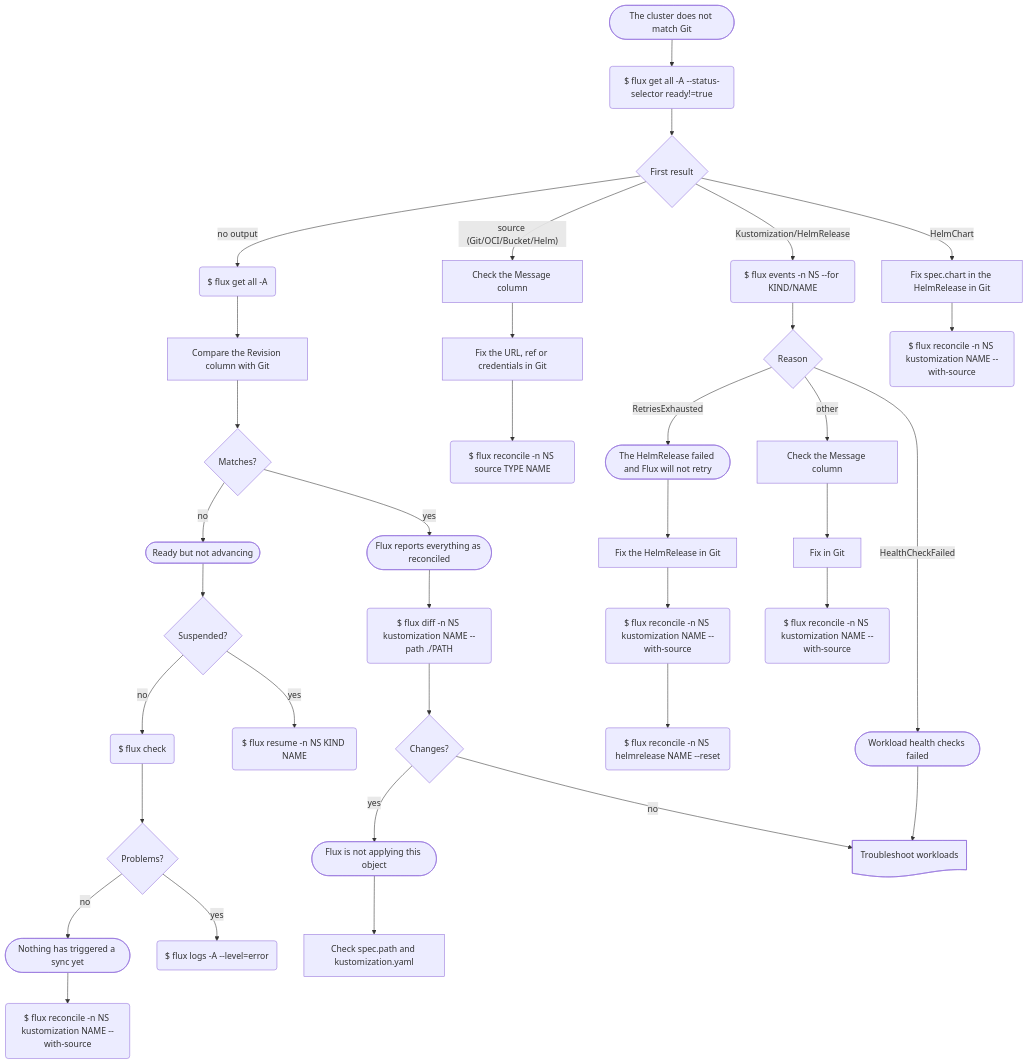
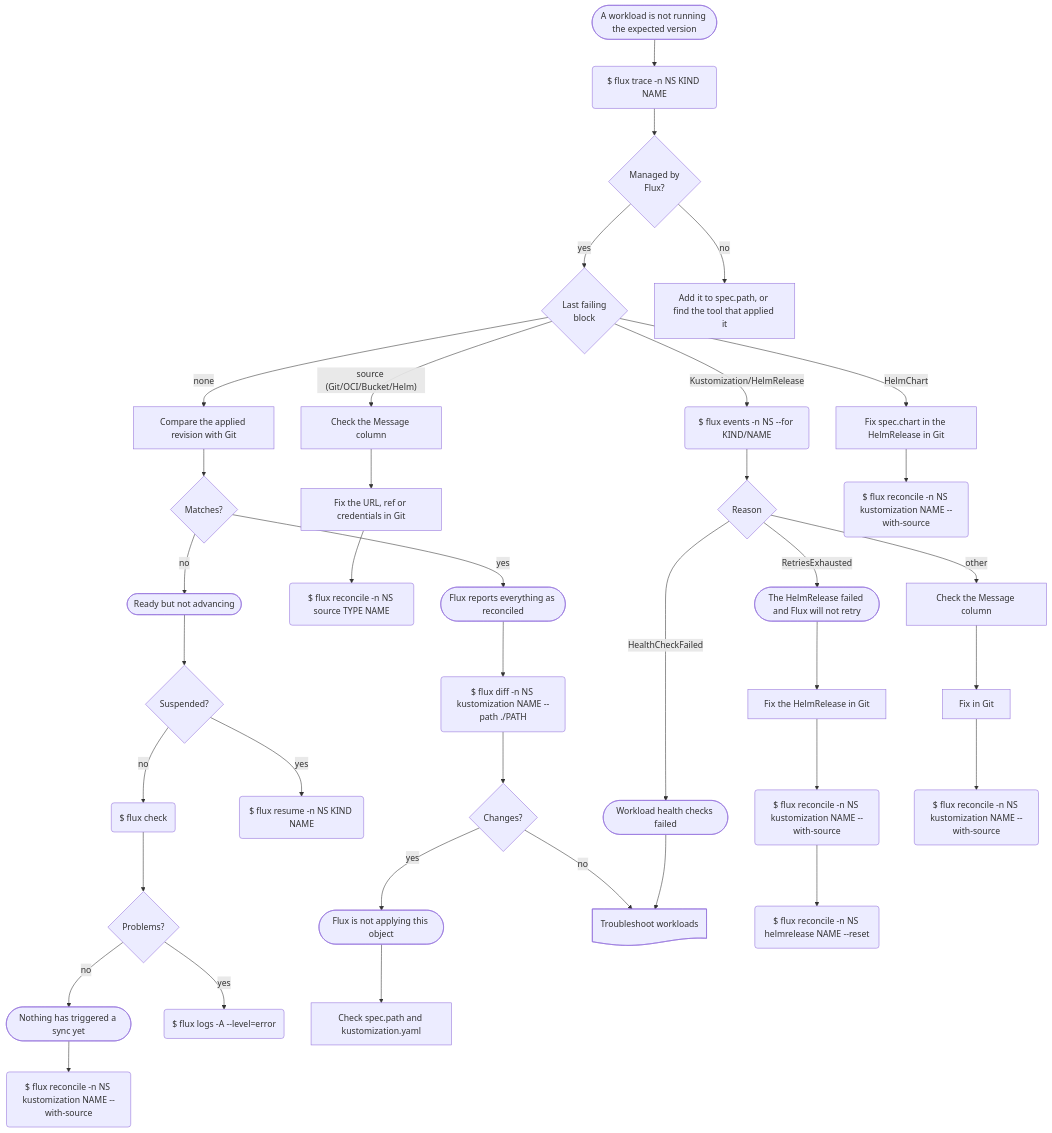
One commit to nth-root/flowcharts changed the diagram in diagrams/flux.mmd. Above: the diagram before and after it, drawn with Mermaid.

Commit message:
Start the Flux flowchart from `flux trace`

```diff
--- a/diagrams/flux.mmd
+++ b/diagrams/flux.mmd
@@ -1,36 +1,39 @@
 %% SPDX-FileCopyrightText: 2026 Nth Root Software Consultancy
 %% SPDX-License-Identifier: CC-BY-4.0
 
 flowchart TD
-    ClusterDoesNotMatch([The cluster does not match Git]):::situation --> GetNonReady
-    GetNonReady($ flux get all -A --status-selector ready!=true):::cmd
+    Reported([A workload is not running the expected version]):::situation --> Trace
+    Trace($ flux trace -n NS KIND NAME):::cmd
 
-    GetNonReady --> NonReadyResults{First result}:::choice
+    Trace --> Owned{Managed by<br>Flux?}:::choice
 
-    NonReadyResults -->|no output| GetAll($ flux get all -A):::cmd --> CheckRevision[Compare the Revision column with Git]
+    Owned -->|yes| FailingObject{Last failing<br>block}:::choice
+    Owned -->|no| Unmanaged[Add it to spec.path, or find the tool that applied it]
+
+    FailingObject -->|none| CheckRevision[Compare the applied revision with Git]
 
     CheckRevision --> Matches{Matches?}:::choice
     Matches -->|no| NotAdvancing([Ready but not advancing]):::situation
 
     NotAdvancing --> Suspended{Suspended?}:::choice
     Suspended -->|no| FluxCheck($ flux check):::cmd --> FluxUnhealthy{Problems?}:::choice
     Suspended -->|yes| Resume($ flux resume -n NS KIND NAME):::cmd
 
     FluxUnhealthy -->|no| NoSyncTriggered([Nothing has triggered a sync yet]):::situation --> ReconcileStale($ flux reconcile -n NS kustomization NAME --with-source):::cmd
     FluxUnhealthy -->|yes| FluxLogs($ flux logs -A --level=error):::cmd
 
-    NonReadyResults -->|"source (Git/OCI/Bucket/Helm)"| NonReadySource[Check the Message column]
+    FailingObject -->|"source (Git/OCI/Bucket/Helm)"| NonReadySource[Check the Message column]
     NonReadySource --> FixSource[Fix the URL, ref or credentials in Git] --> ReconcileSource($ flux reconcile -n NS source TYPE NAME):::cmd
 
-    NonReadyResults -->|Kustomization/HelmRelease| GetEvents($ flux events -n NS --for KIND/NAME):::cmd
+    FailingObject -->|Kustomization/HelmRelease| GetEvents($ flux events -n NS --for KIND/NAME):::cmd
 
     Matches -->|yes| Reconciled([Flux reports everything as reconciled]):::situation --> DiffKustomization($ flux diff -n NS kustomization NAME --path ./PATH):::cmd --> Changes{Changes?}:::choice
     Changes -->|yes| NotApplied([Flux is not applying this object]):::situation --> CheckKustomization[Check spec.path and kustomization.yaml]
     Changes -->|no| CheckPodIssues:::ref@{ shape: doc, label: "Troubleshoot workloads" }
 
     GetEvents --> Reason{Reason}:::choice
     Reason -->|RetriesExhausted| RetriesExhausted([The HelmRelease failed and Flux will not retry]):::situation --> FixHelmRelease[Fix the HelmRelease in Git] --> ReconcileHelmKustomization("$ flux reconcile -n NS kustomization NAME --with-source"):::cmd --> ReconcileHelmRelease("$ flux reconcile -n NS helmrelease NAME --reset"):::cmd
     Reason -->|HealthCheckFailed| HealthCheckFailed([Workload health checks failed]):::situation --> CheckPodIssues
     Reason -->|other| CheckMessage[Check the Message column] --> FixIssue[Fix in Git] --> Reconcile($ flux reconcile -n NS kustomization NAME --with-source):::cmd
 
-    NonReadyResults -->|HelmChart| FixChart[Fix spec.chart in the HelmRelease in Git] --> ReconcileChart($ flux reconcile -n NS kustomization NAME --with-source):::cmd
+    FailingObject -->|HelmChart| FixChart[Fix spec.chart in the HelmRelease in Git] --> ReconcileChart($ flux reconcile -n NS kustomization NAME --with-source):::cmd
```
